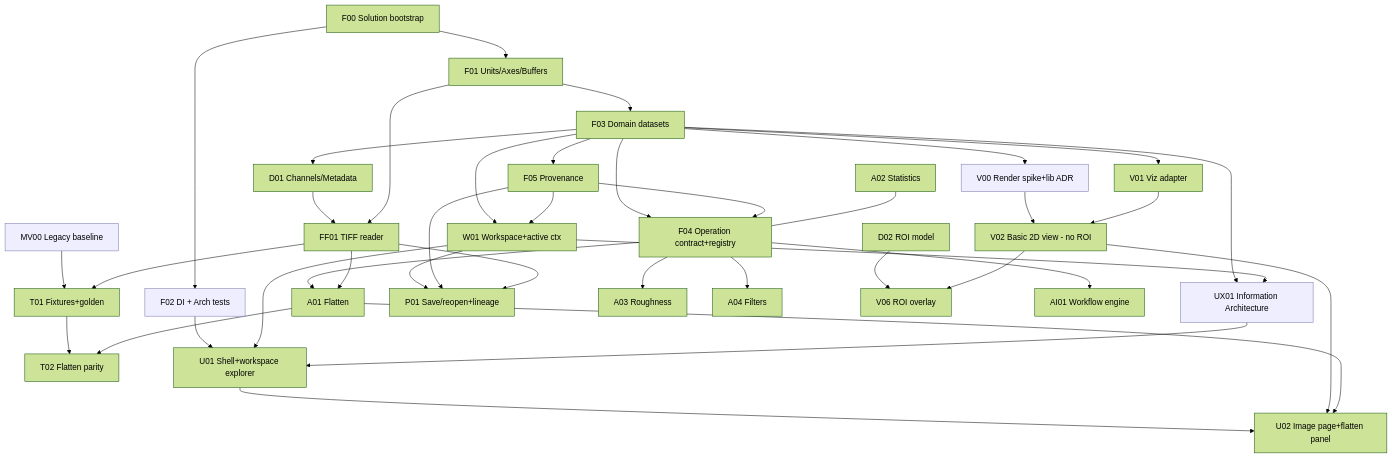
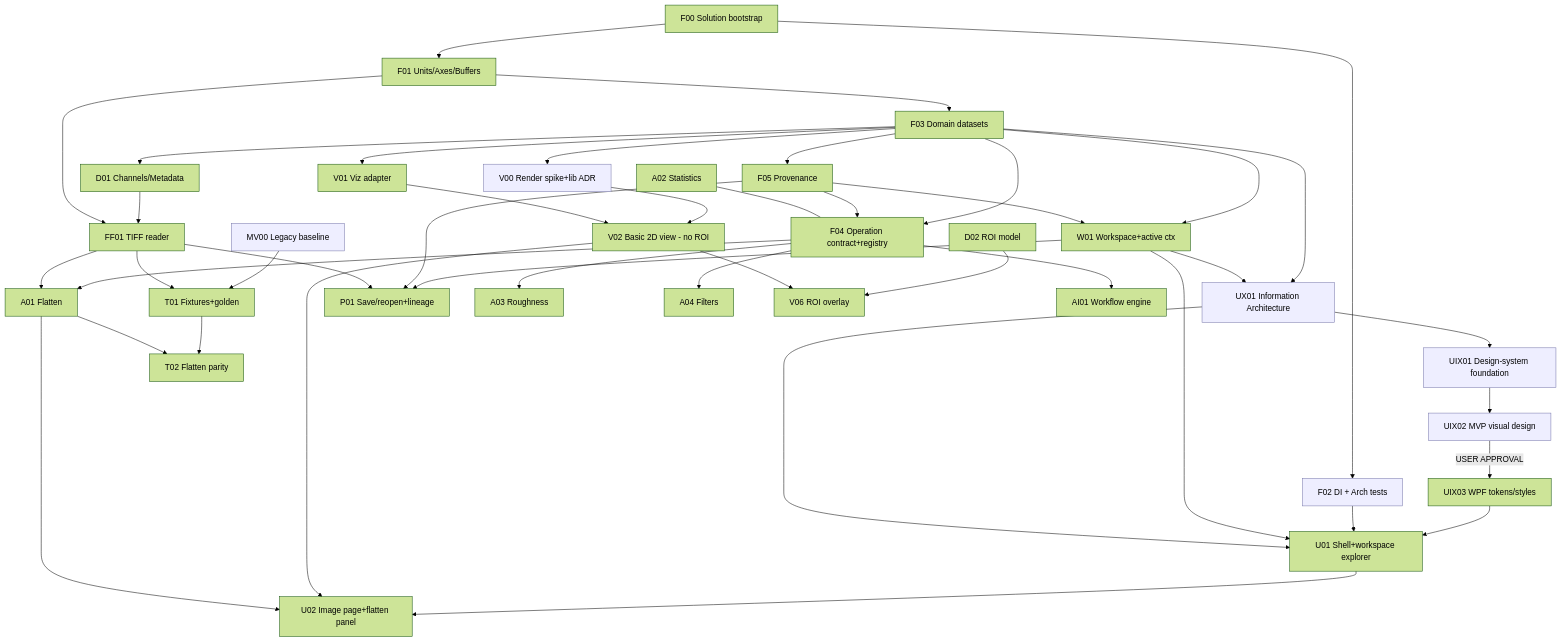
Before and after one commit to higwon/smart-analysis: the diagram in docs/migration/32-dependency-roadmap.md, drawn with Mermaid (forest theme). The commit also changed other lines of this file and 20 other files, not shown here.

First line of the commit message:
docs: solution boundaries, product Epics, and first-party design system

````diff
--- a/docs/migration/32-dependency-roadmap.md
+++ b/docs/migration/32-dependency-roadmap.md
@@ -45,50 +56,54 @@
 ```mermaid
 graph TD
     F00[F00 Solution bootstrap] --> F01[F01 Units/Axes/Buffers]
     F00 --> F02[F02 DI + Arch tests]
     F01 --> F03[F03 Domain datasets]
     F03 --> D01[D01 Channels/Metadata]
     F03 --> F04[F04 Operation contract+registry]
     F03 --> F05[F05 Provenance]
     F05 --> F04
     F03 --> V00[V00 Render spike+lib ADR]
     F03 --> V01[V01 Viz adapter]
     F03 --> UX01[UX01 Information Architecture]
     W01 --> UX01
+    UX01 --> UIX01[UIX01 Design-system foundation]
+    UIX01 --> UIX02[UIX02 MVP visual design]
+    UIX02 -->|USER APPROVAL| UIX03[UIX03 WPF tokens/styles]
+    UIX03 --> U01
 
     D01 --> FF01[FF01 TIFF reader]
     F01 --> FF01
     F04 --> A01[A01 Flatten]
     FF01 --> A01
     A02[A02 Statistics] --- F04
 
     MV00[MV00 Legacy baseline] --> T01[T01 Fixtures+golden]
     FF01 --> T01
     T01 --> T02[T02 Flatten parity]
     A01 --> T02
 
     F03 --> W01[W01 Workspace+active ctx]
     F05 --> W01
     W01 --> P01[P01 Save/reopen+lineage]
     F05 --> P01
     FF01 --> P01
 
     V00 --> V02[V02 Basic 2D view - no ROI]
     V01 --> V02
     F02 --> U01[U01 Shell+workspace explorer]
     W01 --> U01
     UX01 --> U01
     U01 --> U02[U02 Image page+flatten panel]
     V02 --> U02
     A01 --> U02
 
     %% post-MVP fan-out (parallel once F04 stable)
     F04 --> A03[A03 Roughness]
     F04 --> A04[A04 Filters]
     D02[D02 ROI model] --> V06[V06 ROI overlay]
     V02 --> V06
     F04 --> AI01[AI01 Workflow engine]
 
     classDef parallel fill:#eef,stroke:#77a;
-    class F02,MV00,UX01,V00 parallel;
+    class F02,MV00,UX01,UIX01,UIX02,V00 parallel;
 ```
````
